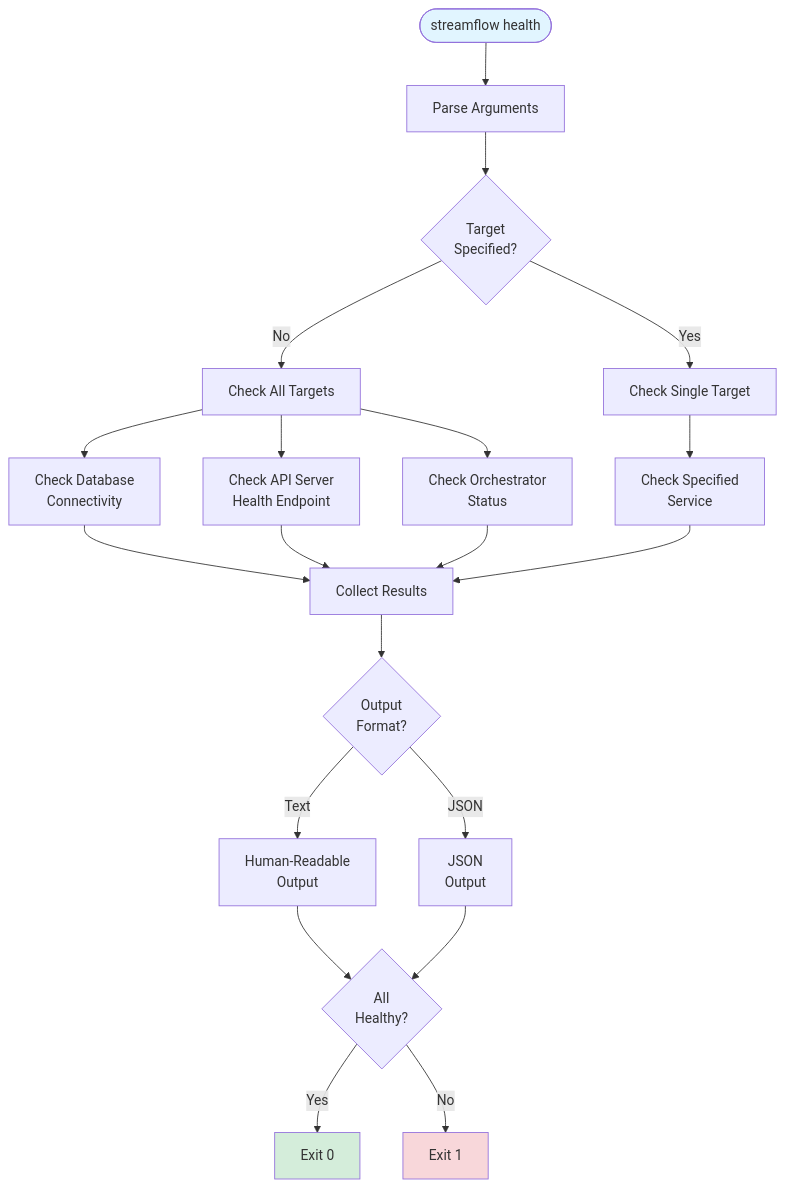
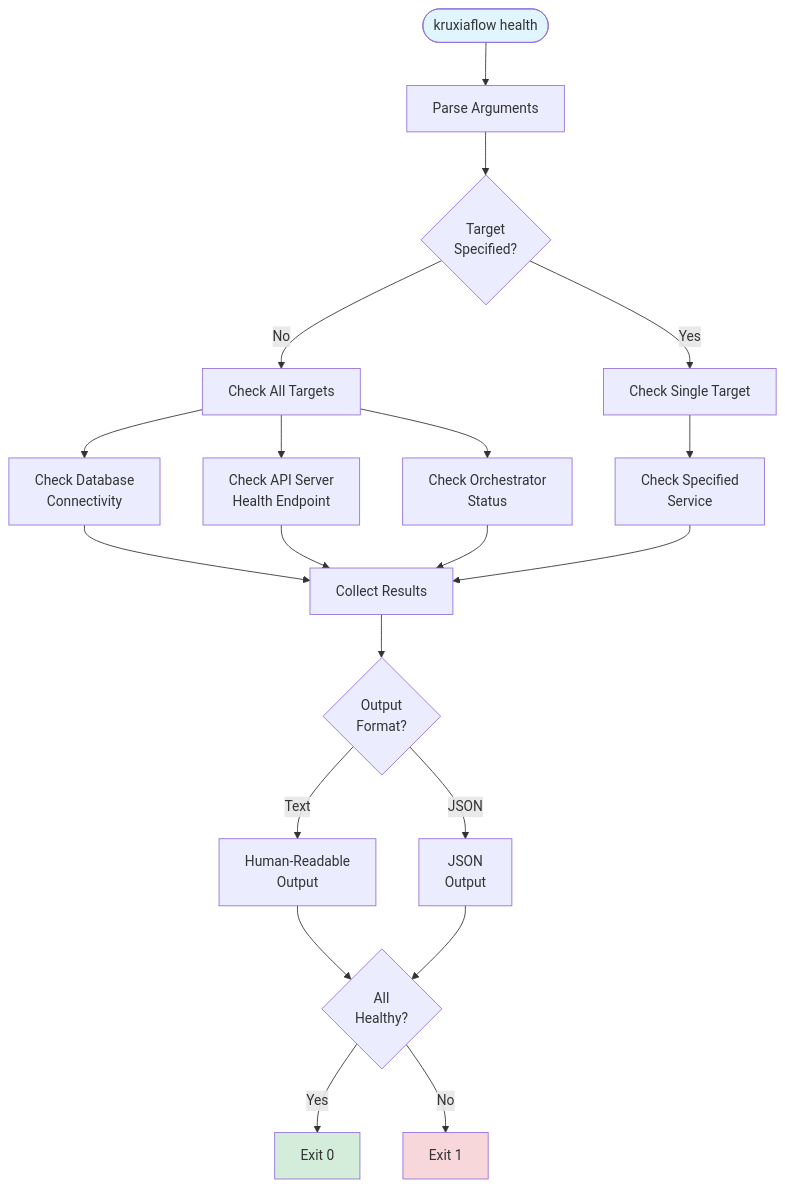
Before and after one commit to kruxia/kruxiaflow: the first of 2 diagrams in docs/implementation/US-1C.6-health-checks-service-monitoring.md, drawn with Mermaid. The commit also changed other lines of this file and 239 other files, not shown here.

Commit message:
Rename StreamFlow => Kruxia Flow

````diff
--- a/docs/implementation/US-1C.6-health-checks-service-monitoring.md
+++ b/docs/implementation/US-1C.6-health-checks-service-monitoring.md
@@ -52,33 +52,33 @@
 ```mermaid
 flowchart TB
-    Start([streamflow health]) --> ParseArgs[Parse Arguments]
+    Start([kruxiaflow health]) --> ParseArgs[Parse Arguments]
     ParseArgs --> GetTarget{Target<br/>Specified?}
 
     GetTarget -->|Yes| SingleTarget[Check Single Target]
     GetTarget -->|No| AllTargets[Check All Targets]
 
     AllTargets --> CheckDB[Check Database<br/>Connectivity]
     AllTargets --> CheckAPI[Check API Server<br/>Health Endpoint]
     AllTargets --> CheckOrch[Check Orchestrator<br/>Status]
 
     SingleTarget --> CheckOne[Check Specified<br/>Service]
 
     CheckDB --> Collect[Collect Results]
     CheckAPI --> Collect
     CheckOrch --> Collect
     CheckOne --> Collect
 
     Collect --> Format{Output<br/>Format?}
     Format -->|Text| TextOutput[Human-Readable<br/>Output]
     Format -->|JSON| JSONOutput[JSON<br/>Output]
 
     TextOutput --> Exit{All<br/>Healthy?}
     JSONOutput --> Exit
 
     Exit -->|Yes| Exit0[Exit 0]
     Exit -->|No| Exit1[Exit 1]
 
     style Start fill:#e1f5ff
     style Exit0 fill:#d4edda
     style Exit1 fill:#f8d7da
 ```
````
